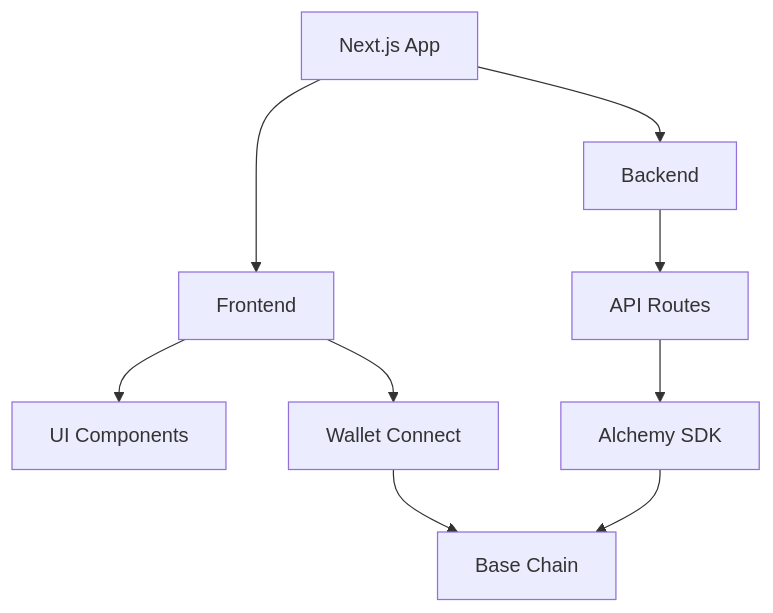
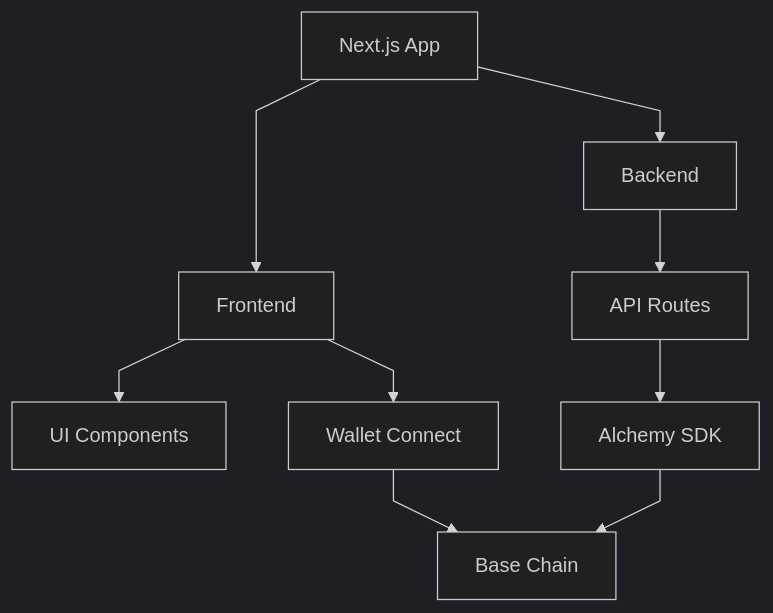
Before and after one commit to MBrassey/base.brassey.io: the diagram in README.md, drawn with Mermaid.

Commit message:
: updates.

````diff
--- a/README.md
+++ b/README.md
@@ -7,15 +7,16 @@
 ```mermaid
+%%{init: {'theme':'dark', 'flowchart': {'useMaxWidth':false, 'htmlLabels':true, 'curve':'linear'}, 'securityLevel': 'loose', 'displayMode': true, 'showSequenceNumbers': false }}%%
 flowchart TD
     A[Next.js App]
     A --> B[Frontend]
     A --> C[Backend]
     
     B --> D[UI Components]
     B --> E[Wallet Connect]
     
     C --> F[API Routes]
     F --> G[Alchemy SDK]
     
     G --> H[Base Chain]
     E --> H
 ```
````
